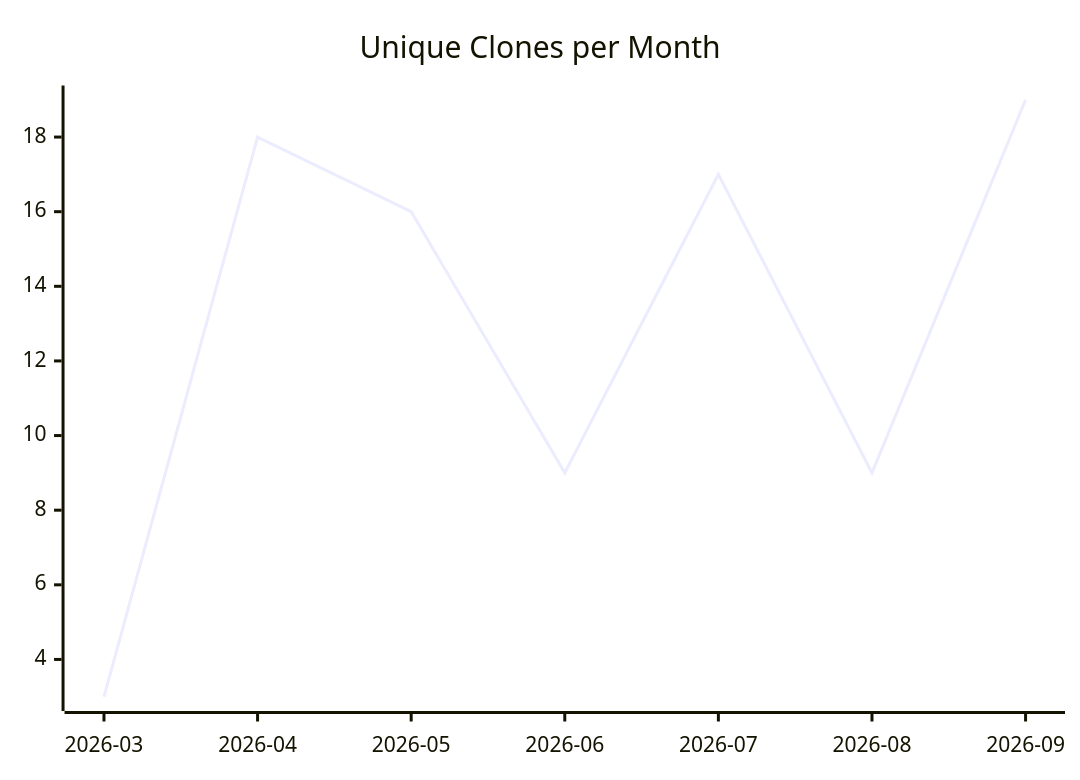
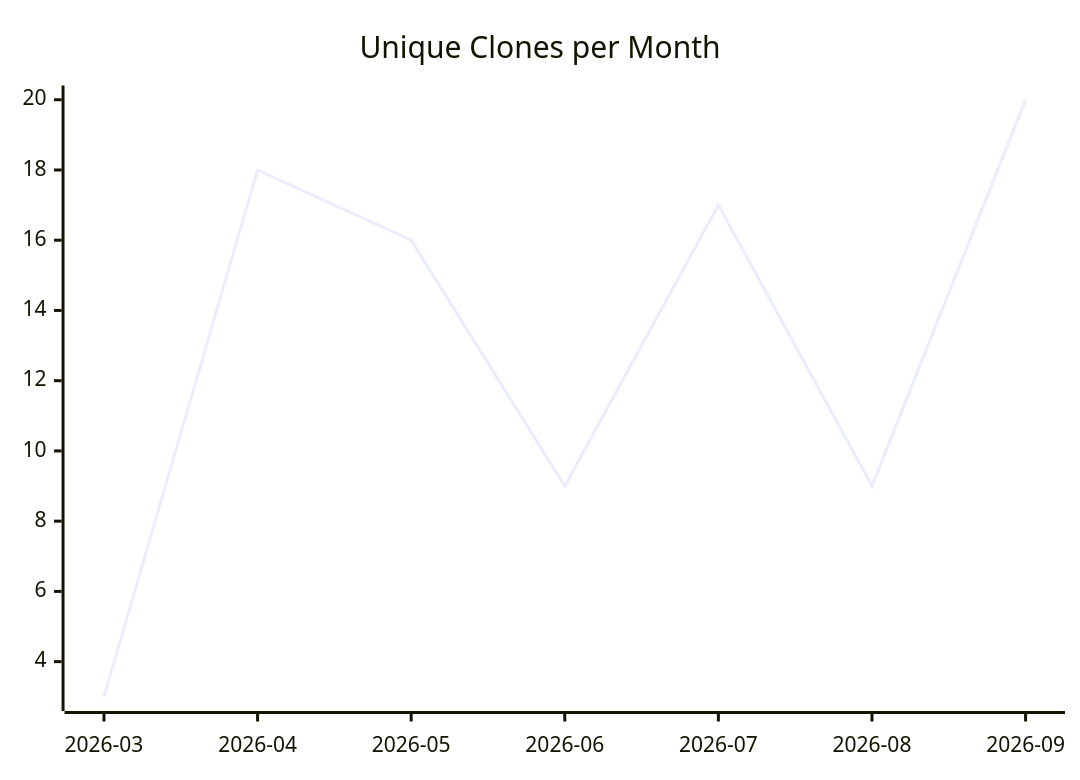
One commit to justdavis-family/github-analytics-data changed the third of 3 diagrams in karlmdavis/jessentials/README.md. Above: the diagram before and after it, drawn with Mermaid. The commit also changed other lines of this file and 200 other files, not shown here.

````diff
--- a/karlmdavis/jessentials/README.md
+++ b/karlmdavis/jessentials/README.md
@@ -19,6 +19,6 @@
 ```mermaid
 xychart-beta
   title "Unique Clones per Month"
   x-axis ["2026-03", "2026-04", "2026-05", "2026-06", "2026-07", "2026-08", "2026-09"]
-  line [3, 18, 16, 9, 17, 9, 19]
+  line [3, 18, 16, 9, 17, 9, 20]
 ```
````
